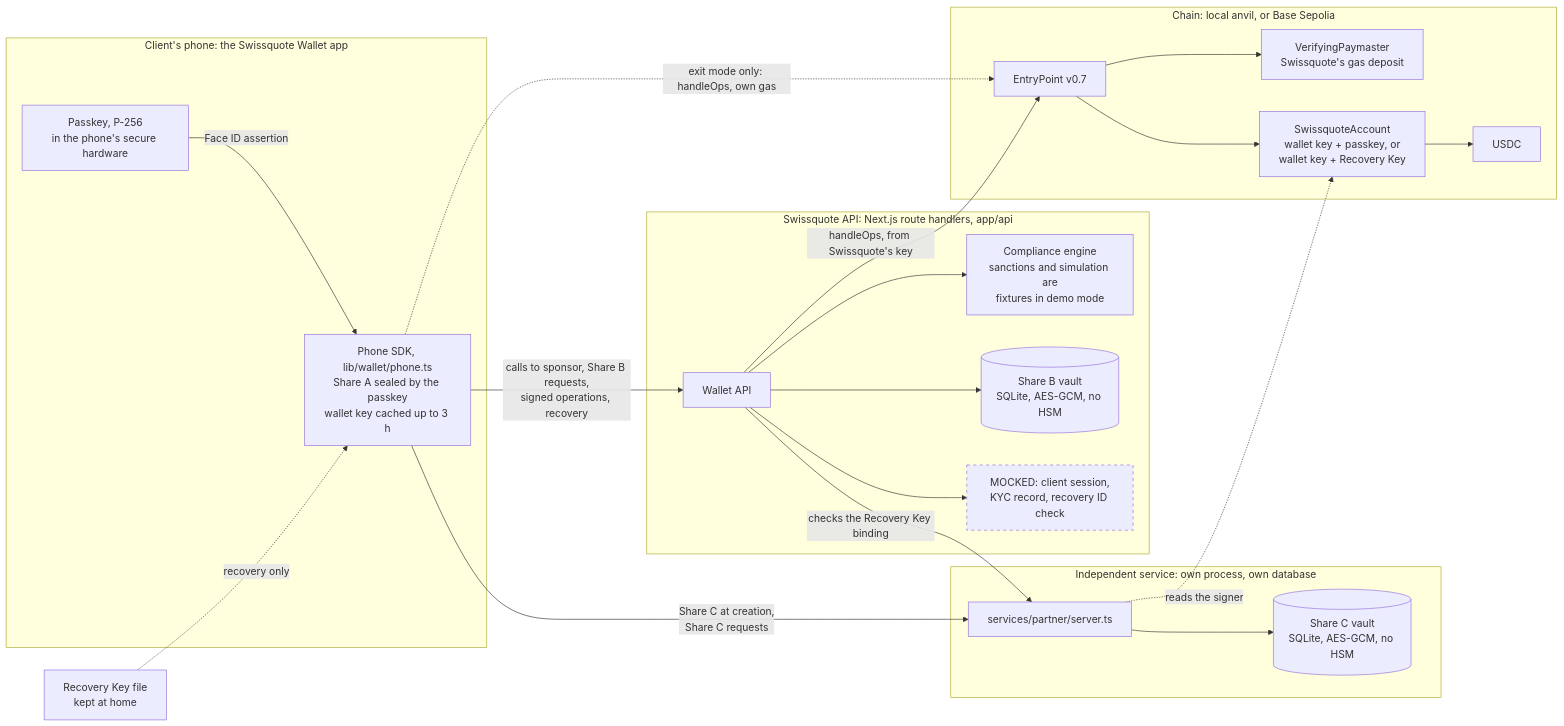
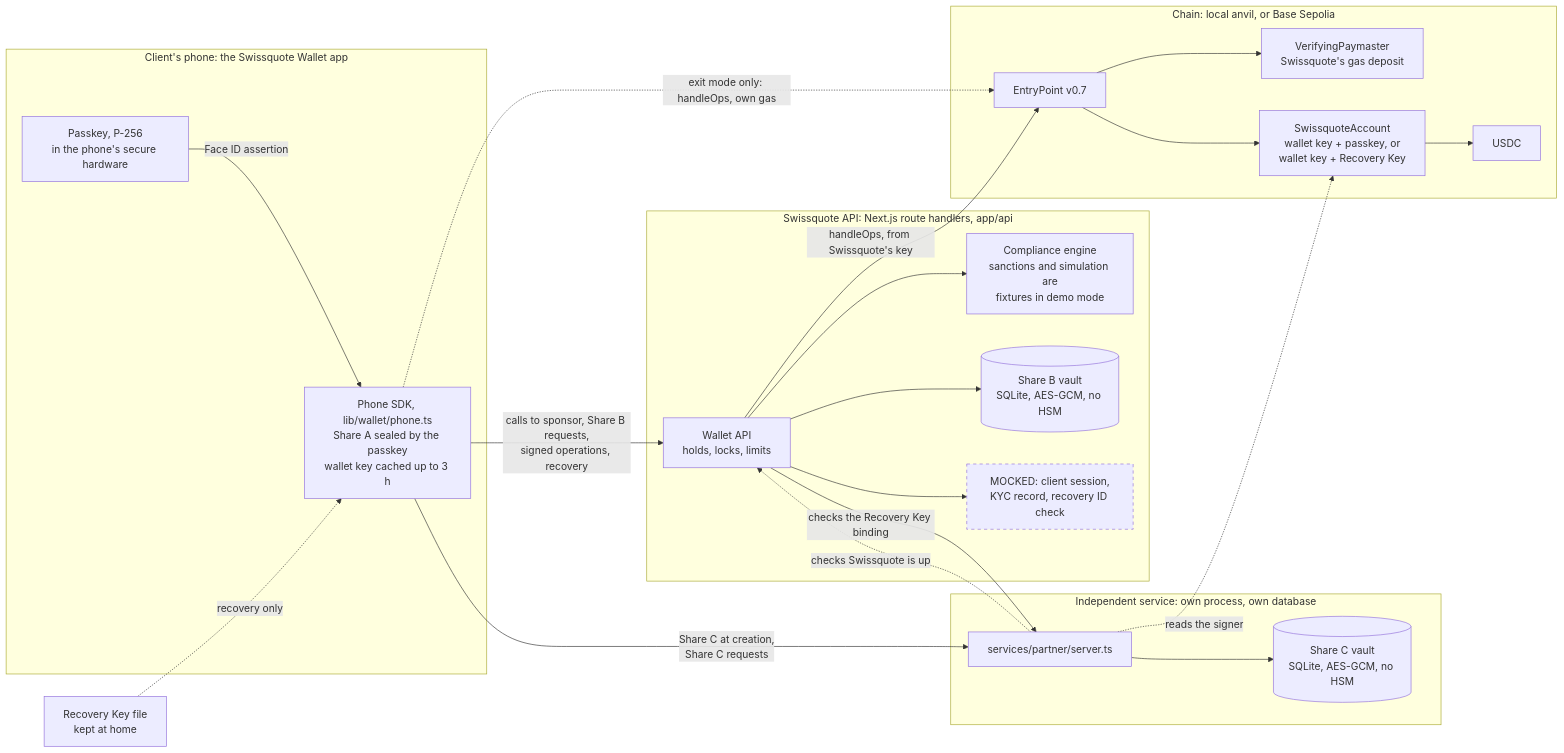
Before and after one commit to elazdi-al/bsa-the-hackathon: the diagram in README.md, drawn with Mermaid. The commit also changed other lines of this file and 2 other files, not shown here.

Commit message:
docs: the README, pitch summary and recovery guide match the built wallet: the lock, the 24-hour hold, the ID check, the exit, the attack A1 to A7, the full API and command lists, and one list of known limits

````diff
--- a/README.md
+++ b/README.md
@@ -143,45 +167,46 @@
 ```mermaid
 flowchart LR
   subgraph phone["Client's phone: the Swissquote Wallet app"]
     sdk["Phone SDK, lib/wallet/phone.ts<br/>Share A sealed by the passkey<br/>wallet key cached up to 3 h"]
     pk["Passkey, P-256<br/>in the phone's secure hardware"]
   end
   rk["Recovery Key file<br/>kept at home"]
 
   subgraph sq["Swissquote API: Next.js route handlers, app/api"]
-    api["Wallet API"]
+    api["Wallet API<br/>holds, locks, limits"]
     comp["Compliance engine<br/>sanctions and simulation are<br/>fixtures in demo mode"]
     vb[("Share B vault<br/>SQLite, AES-GCM, no HSM")]
     kyc["MOCKED: client session,<br/>KYC record, recovery ID check"]:::mock
   end
 
   subgraph ind["Independent service: own process, own database"]
     partner["services/partner/server.ts"]
     vc[("Share C vault<br/>SQLite, AES-GCM, no HSM")]
   end
 
   subgraph chain["Chain: local anvil, or Base Sepolia"]
     ep["EntryPoint v0.7"]
     pay["VerifyingPaymaster<br/>Swissquote's gas deposit"]
     acc["SwissquoteAccount<br/>wallet key + passkey, or<br/>wallet key + Recovery Key"]
     usdc["USDC"]
   end
 
   pk -- "Face ID assertion" --> sdk
   rk -. "recovery only" .-> sdk
   sdk -- "calls to sponsor, Share B requests,<br/>signed operations, recovery" --> api
   sdk -- "Share C at creation,<br/>Share C requests" --> partner
   api --> comp
   api --> vb
   api --> kyc
   api -- "checks the Recovery Key binding" --> partner
+  partner -. "checks Swissquote is up" .-> api
   partner --> vc
   api -- "handleOps, from Swissquote's key" --> ep
   ep --> pay
   ep --> acc
   acc --> usdc
   partner -. "reads the signer" .-> acc
   sdk -. "exit mode only: handleOps, own gas" .-> ep
 
   classDef mock stroke-dasharray: 5 5
 ```
````
